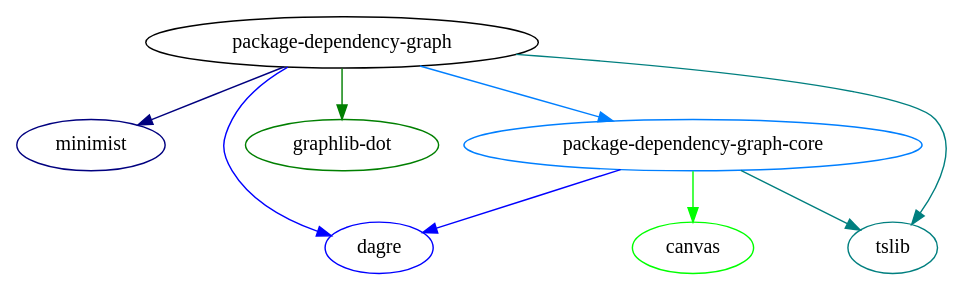
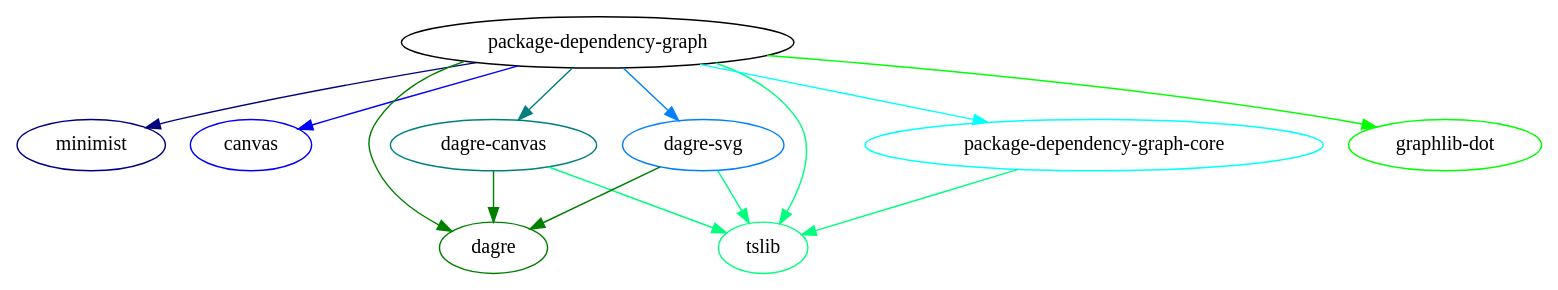
One commit to plantain-00/package-dependency-graph changed the diagram in spec/result.dot. Above: the diagram before and after it, drawn with Graphviz. The commit also changed 18 other files, not shown here.

Commit message:
feat: extract dagre canvas and svg renderer out

```diff
--- a/spec/result.dot
+++ b/spec/result.dot
@@ -1,19 +1,26 @@
 // generated by package-dependency-graph
 digraph {
   package_dependency_graph -> minimist[color = "#00007f"]
-  package_dependency_graph -> dagre[color = "#0000ff"]
-  package_dependency_graph -> graphlib_dot[color = "#007f00"]
-  package_dependency_graph -> tslib[color = "#007f7f"]
-  package_dependency_graph -> package_dependency_graph_core[color = "#007fff"]
-  package_dependency_graph_core -> canvas[color = "#00ff00"]
-  package_dependency_graph_core -> dagre[color = "#0000ff"]
-  package_dependency_graph_core -> tslib[color = "#007f7f"]
+  package_dependency_graph -> canvas[color = "#0000ff"]
+  package_dependency_graph -> dagre[color = "#007f00"]
+  package_dependency_graph -> dagre_canvas[color = "#007f7f"]
+  package_dependency_graph -> dagre_svg[color = "#007fff"]
+  package_dependency_graph -> graphlib_dot[color = "#00ff00"]
+  package_dependency_graph -> tslib[color = "#00ff7f"]
+  package_dependency_graph -> package_dependency_graph_core[color = "#00ffff"]
+  package_dependency_graph_core -> tslib[color = "#00ff7f"]
+  dagre_canvas -> dagre[color = "#007f00"]
+  dagre_canvas -> tslib[color = "#00ff7f"]
+  dagre_svg -> dagre[color = "#007f00"]
+  dagre_svg -> tslib[color = "#00ff7f"]
 
   package_dependency_graph[label = "package-dependency-graph", color = "#000000"]
   minimist[label = "minimist", color = "#00007f"]
-  dagre[label = "dagre", color = "#0000ff"]
-  graphlib_dot[label = "graphlib-dot", color = "#007f00"]
-  tslib[label = "tslib", color = "#007f7f"]
-  package_dependency_graph_core[label = "package-dependency-graph-core", color = "#007fff"]
-  canvas[label = "canvas", color = "#00ff00"]
+  canvas[label = "canvas", color = "#0000ff"]
+  dagre[label = "dagre", color = "#007f00"]
+  dagre_canvas[label = "dagre-canvas", color = "#007f7f"]
+  dagre_svg[label = "dagre-svg", color = "#007fff"]
+  graphlib_dot[label = "graphlib-dot", color = "#00ff00"]
+  tslib[label = "tslib", color = "#00ff7f"]
+  package_dependency_graph_core[label = "package-dependency-graph-core", color = "#00ffff"]
 }
```
